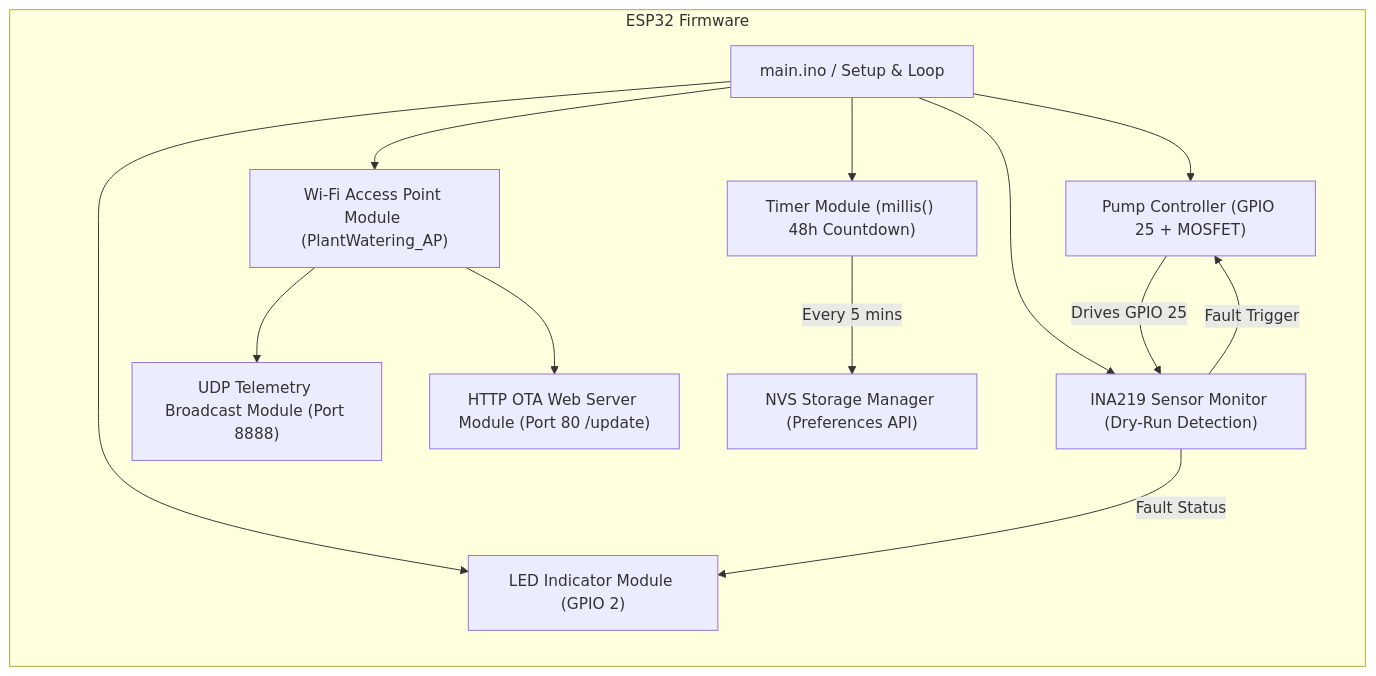
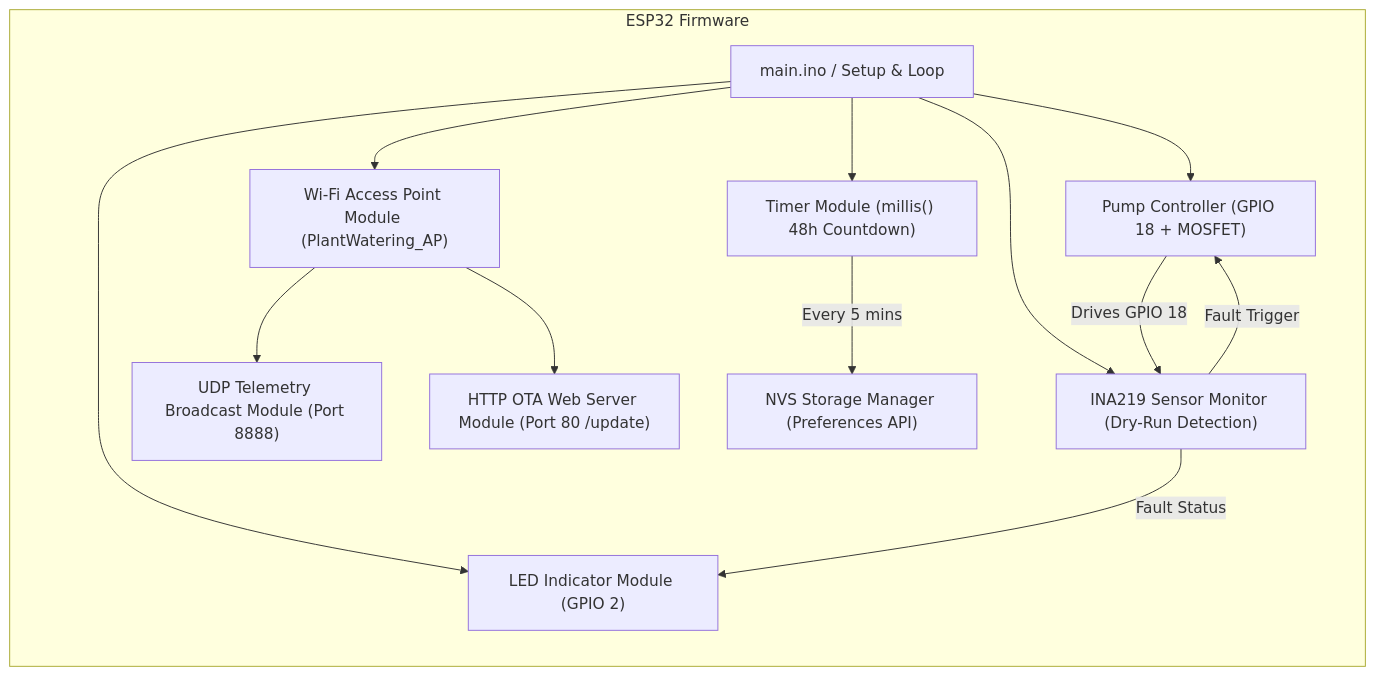
The diagram in docs/architecture/C3-Component.md (SivakrishnaGit9/Open_Code_Watering_System), drawn with Mermaid before and after one commit. The commit also changed other lines of this file and 10 other files, not shown here.

````diff
--- a/docs/architecture/C3-Component.md
+++ b/docs/architecture/C3-Component.md
@@ -6,28 +6,28 @@
 ```mermaid
 graph TD
     subgraph "ESP32 Firmware"
         direction TB
         main["main.ino / Setup & Loop"]
         timer["Timer Module (millis() 48h Countdown)"]
         nvsManager["NVS Storage Manager (Preferences API)"]
-        pumpController["Pump Controller (GPIO 25 + MOSFET)"]
+        pumpController["Pump Controller (GPIO 18 + MOSFET)"]
         sensorMonitor["INA219 Sensor Monitor (Dry-Run Detection)"]
         ledFeedback["LED Indicator Module (GPIO 2)"]
         wifiAp["Wi-Fi Access Point Module (PlantWatering_AP)"]
         udpTelemetry["UDP Telemetry Broadcast Module (Port 8888)"]
         otaWebServer["HTTP OTA Web Server Module (Port 80 /update)"]
 
         main --> timer
         main --> pumpController
         main --> sensorMonitor
         main --> ledFeedback
         main --> wifiAp
         wifiAp --> udpTelemetry
         wifiAp --> otaWebServer
 
         timer -->|Every 5 mins| nvsManager
-        pumpController -->|Drives GPIO 25| sensorMonitor
+        pumpController -->|Drives GPIO 18| sensorMonitor
         sensorMonitor -->|Fault Trigger| pumpController
         sensorMonitor -->|Fault Status| ledFeedback
     end
 ```
````
